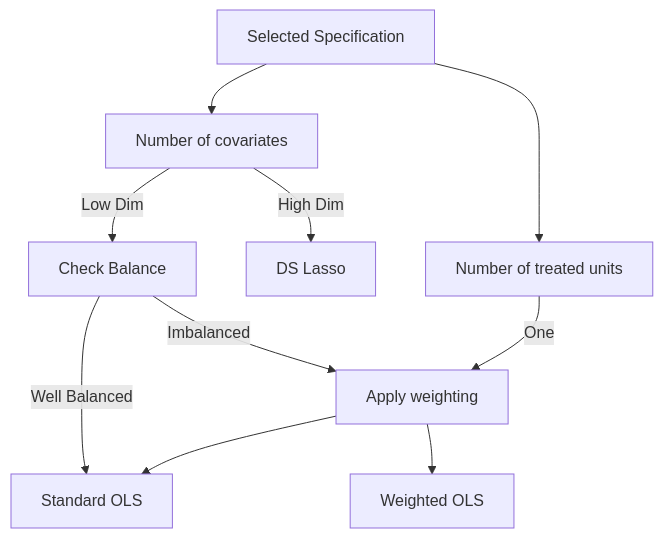
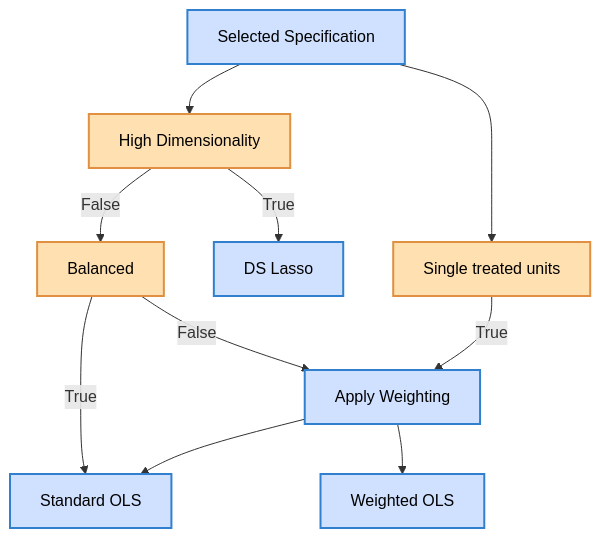
Before and after one commit to NickyTops23/pyautocausal: the fourth of 5 diagrams in docs/design-document.md, drawn with Mermaid. The commit also changed other lines of this file, not shown here.

````diff
--- a/docs/design-document.md
+++ b/docs/design-document.md
@@ -101,16 +151,24 @@
 ```mermaid
 graph TD
-    S[Selected Specification] --> C1[Number of covariates]
-    S[Selected Specification] --> S1[Number of treated units]
+    S[Selected Specification] --> C1[High Dimensionality]
+    S[Selected Specification] --> S1[Single treated units]
 
-      C1 --> |"High Dim"| C2["DS Lasso"]
+    C1 --> |"True"| C2[DS Lasso]
     
-    C1 --> |"Low Dim"| B1[Check Balance]
+    C1 --> |"False"| B1[Balanced]
     
-    B1 -->|"Well Balanced"| M1[Standard OLS]
-    B1 -->|"Imbalanced"| W1[Apply weighting]
-    S1 -->|"One"| W1
+    B1 -->|"True"| M1[Standard OLS]
+    B1 -->|"False"| W1[Apply Weighting]
+    S1 -->|"True"| W1
 
     W1 --> M1[Standard OLS]
     W1 --> P1[Weighted OLS]
+    
+    %% Node styling
+    classDef decisionNode fill:#ffe0b0,stroke:#e09040,stroke-width:2px,color:black;
+    classDef actionNode fill:#d0e0ff,stroke:#3080cf,stroke-width:2px,color:black;
+    
+    class S1,C1,B1 decisionNode;
+    class S,C2,M1,W1,P1 actionNode;
+
 ```
````
